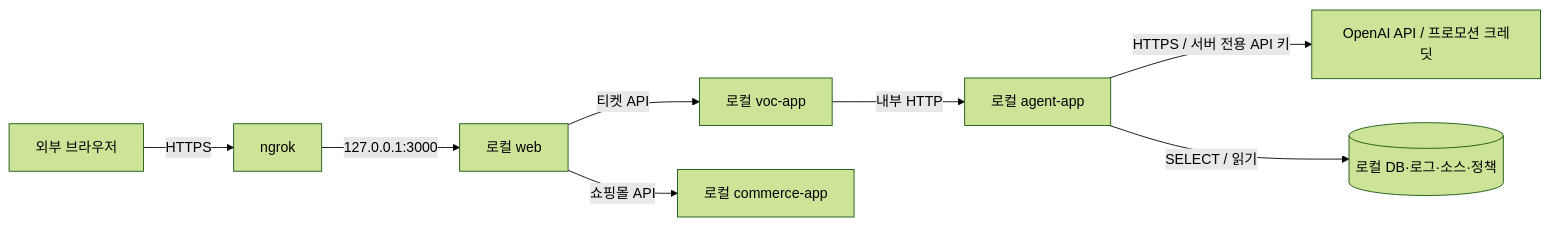
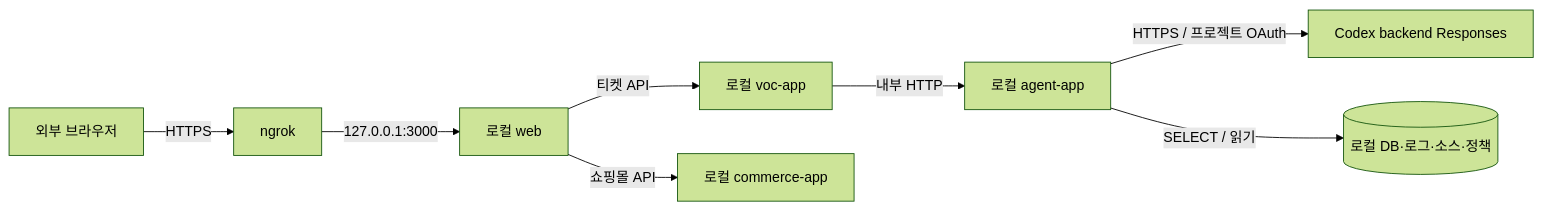
Before and after one commit to sanghyo-lab/jdd: the diagram in docs/ngrok-local-demo.md, drawn with Mermaid (forest theme). The commit also changed other lines of this file and 46 other files, not shown here.

Commit message:
feat(agent): isolate local Codex OAuth from deployed Responses API

````diff
--- a/docs/ngrok-local-demo.md
+++ b/docs/ngrok-local-demo.md
@@ -11,10 +16,10 @@
 ```mermaid
 flowchart LR
     Browser[외부 브라우저] -->|HTTPS| Tunnel[ngrok]
     Tunnel -->|127.0.0.1:3000| Web[로컬 web]
     Web -->|티켓 API| VOC[로컬 voc-app]
     Web -->|쇼핑몰 API| Commerce[로컬 commerce-app]
     VOC -->|내부 HTTP| Agent[로컬 agent-app]
-    Agent -->|HTTPS / 서버 전용 API 키| OpenAI[OpenAI API / 프로모션 크레딧]
+    Agent -->|HTTPS / 프로젝트 OAuth| OpenAI[Codex backend Responses]
     Agent -->|SELECT / 읽기| Evidence[(로컬 DB·로그·소스·정책)]
 ```
````
